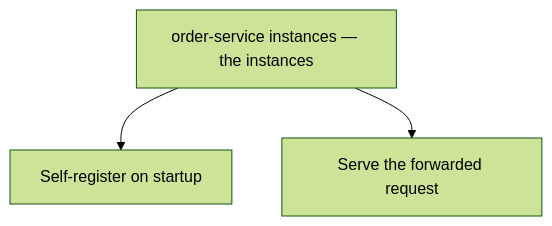
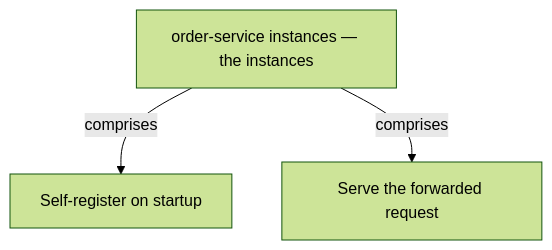
The eighth of 14 diagrams in docs/ch11-server-side-discovery.md (vinayakuber/microservices-io-study-guide), drawn with Mermaid (forest theme) before and after one commit. The commit also changed other lines of this file and 71 other files, not shown here.

First line of the commit message:
R18: label every diagram arrow with its meaning

````diff
--- a/docs/ch11-server-side-discovery.md
+++ b/docs/ch11-server-side-discovery.md
@@ -263,6 +263,6 @@
 ```mermaid
 flowchart TD
   R["order-service instances — the instances"]
-  R --> P0["Self-register on startup"]
-  R --> P1["Serve the forwarded request"]
+  R -->|"comprises"| P0["Self-register on startup"]
+  R -->|"comprises"| P1["Serve the forwarded request"]
 ```
````
